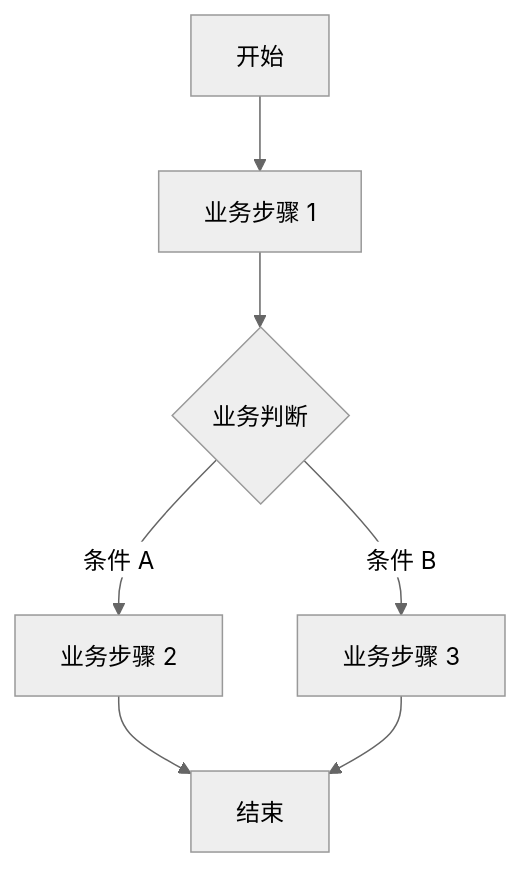
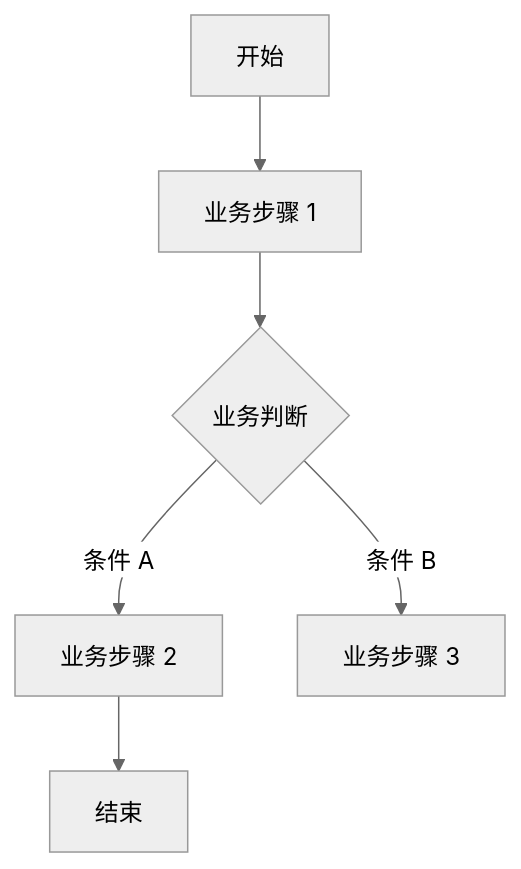
One commit to zhanpu89/opencode-enforcement-kit changed the diagram in .opencode/skills/prd-writer/templates/common.md. Above: the diagram before and after it, drawn with Mermaid (neutral theme). The commit also changed other lines of this file and 43 other files, not shown here.

````diff
--- a/.opencode/skills/prd-writer/templates/common.md
+++ b/.opencode/skills/prd-writer/templates/common.md
@@ -108,9 +56,7 @@
 ```mermaid
 flowchart TD
-    A[开始] --> B[业务步骤 1]
-    B --> C{业务判断}
+    A[开始] --> B[业务步骤 1] --> C{业务判断}
     C -->|条件 A| D[业务步骤 2]
     C -->|条件 B| E[业务步骤 3]
     D --> F[结束]
-    E --> F
 ```
````
